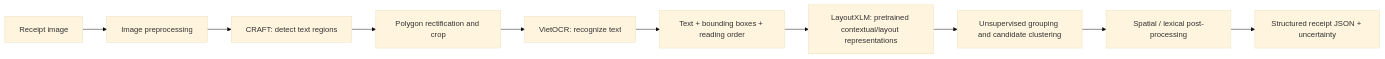
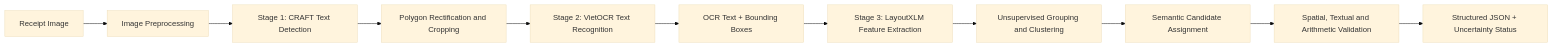
The diagram in README.md (CaoLePhucThinh2203/QuetHoaDon), drawn with Mermaid (base theme) before and after one commit. The commit also changed other lines of this file, not shown here.

````diff
--- a/README.md
+++ b/README.md
@@ -19,12 +31,13 @@
 ```mermaid
 flowchart LR
-    A["Receipt image"] --> B["Image preprocessing"]
-    B --> C["CRAFT: detect text regions"]
-    C --> D["Polygon rectification and crop"]
-    D --> E["VietOCR: recognize text"]
-    E --> F["Text + bounding boxes + reading order"]
-    F --> G["LayoutXLM: pretrained contextual/layout representations"]
-    G --> H["Unsupervised grouping and candidate clustering"]
-    H --> I["Spatial / lexical post-processing"]
-    I --> J["Structured receipt JSON + uncertainty"]
+    A["Receipt Image"] --> B["Image Preprocessing"]
+    B --> C["Stage 1: CRAFT Text Detection"]
+    C --> D["Polygon Rectification and Cropping"]
+    D --> E["Stage 2: VietOCR Text Recognition"]
+    E --> F["OCR Text + Bounding Boxes"]
+    F --> G["Stage 3: LayoutXLM Feature Extraction"]
+    G --> H["Unsupervised Grouping and Clustering"]
+    H --> I["Semantic Candidate Assignment"]
+    I --> J["Spatial, Textual and Arithmetic Validation"]
+    J --> K["Structured JSON + Uncertainty Status"]
 ```
````
